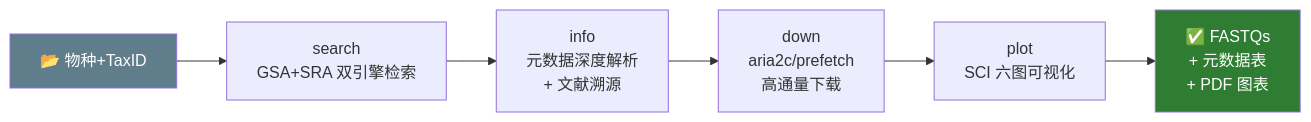
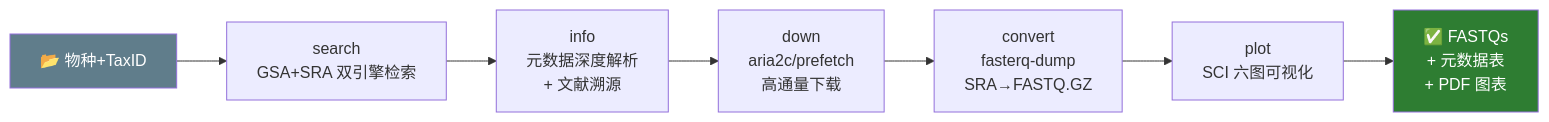
The first of 6 diagrams in doc/MMPV-RNA_pipelines_flow.md (zhangwenda0518/MMPV-RNA), drawn with Mermaid before and after one commit. The commit also changed other lines of this file and 1041 other files, not shown here.

````diff
--- a/doc/MMPV-RNA_pipelines_flow.md
+++ b/doc/MMPV-RNA_pipelines_flow.md
@@ -7,11 +12,12 @@
 ```mermaid
 flowchart LR
     A["📂 物种+TaxID"] --> B["search<br/>GSA+SRA 双引擎检索"]
     B --> C["info<br/>元数据深度解析<br/>+ 文献溯源"]
     C --> D["down<br/>aria2c/prefetch<br/>高通量下载"]
-    D --> E["plot<br/>SCI 六图可视化"]
-    E --> F["✅ FASTQs<br/>+ 元数据表<br/>+ PDF 图表"]
+    D --> E["convert<br/>fasterq-dump<br/>SRA→FASTQ.GZ"]
+    E --> F["plot<br/>SCI 六图可视化"]
+    F --> G["✅ FASTQs<br/>+ 元数据表<br/>+ PDF 图表"]
 
     style A fill:#607d8b,color:#fff
-    style F fill:#2e7d32,color:#fff
+    style G fill:#2e7d32,color:#fff
 ```
````
